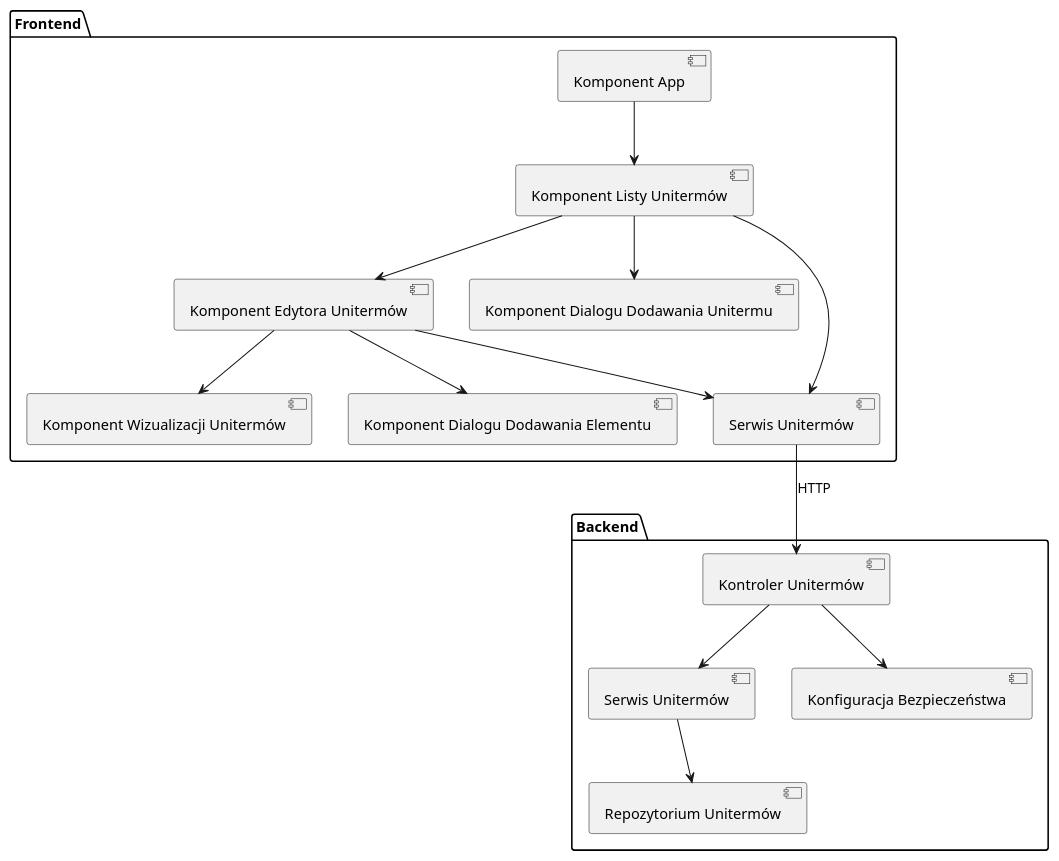
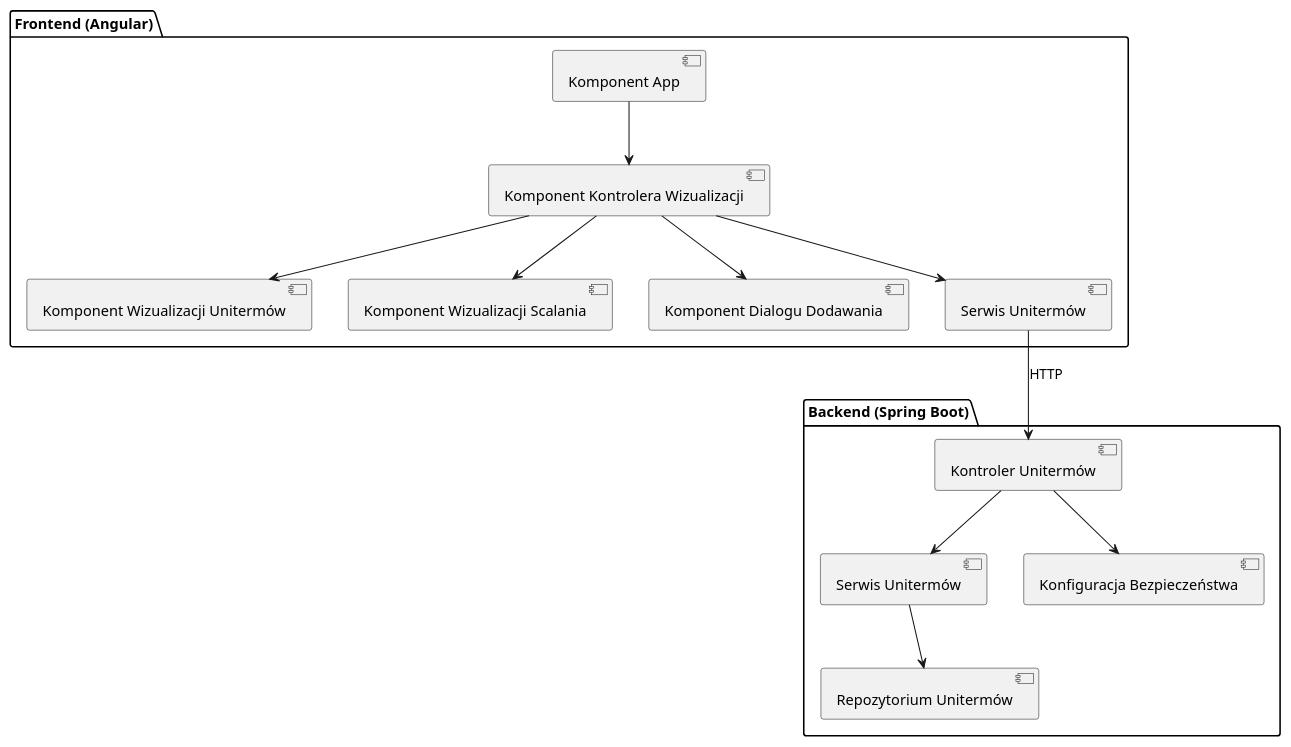
Before and after one commit to miluski/Uniterm: the diagram in documentation/diagrams/components/diagram.wsd, drawn with PlantUML. The commit also changed 13 other files, not shown here.

```diff
--- a/documentation/diagrams/components/diagram.wsd
+++ b/documentation/diagrams/components/diagram.wsd
@@ -1,32 +1,29 @@
 @startuml
-package "Frontend" {
+package "Frontend (Angular)" {
   [Komponent App] as AppComp
-  [Komponent Listy Unitermów] as ListComp
-  [Komponent Edytora Unitermów] as EditComp
+  [Komponent Kontrolera Wizualizacji] as VisControllerComp
   [Komponent Wizualizacji Unitermów] as VisComp
-  [Komponent Dialogu Dodawania Unitermu] as AddDialogComp
-  [Komponent Dialogu Dodawania Elementu] as ElemDialogComp
+  [Komponent Wizualizacji Scalania] as MergeVisComp
+  [Komponent Dialogu Dodawania] as AddDialogComp
   [Serwis Unitermów] as UnitermSvc
   
-  AppComp --> ListComp
-  ListComp --> EditComp
-  EditComp --> VisComp
-  ListComp --> AddDialogComp
-  EditComp --> ElemDialogComp
-  ListComp --> UnitermSvc
-  EditComp --> UnitermSvc
+  AppComp --> VisControllerComp
+  VisControllerComp --> VisComp
+  VisControllerComp --> MergeVisComp
+  VisControllerComp --> AddDialogComp
+  VisControllerComp --> UnitermSvc
 }
 
-package "Backend" {
+package "Backend (Spring Boot)" {
   [Kontroler Unitermów] as UnitermCtrl
   [Serwis Unitermów] as UnitermSvcBE
   [Repozytorium Unitermów] as UnitermRepo
   [Konfiguracja Bezpieczeństwa] as SecConfig
   
   UnitermCtrl --> UnitermSvcBE
   UnitermSvcBE --> UnitermRepo
   UnitermCtrl --> SecConfig
 }
 
 UnitermSvc --> UnitermCtrl : HTTP
 @enduml
```
